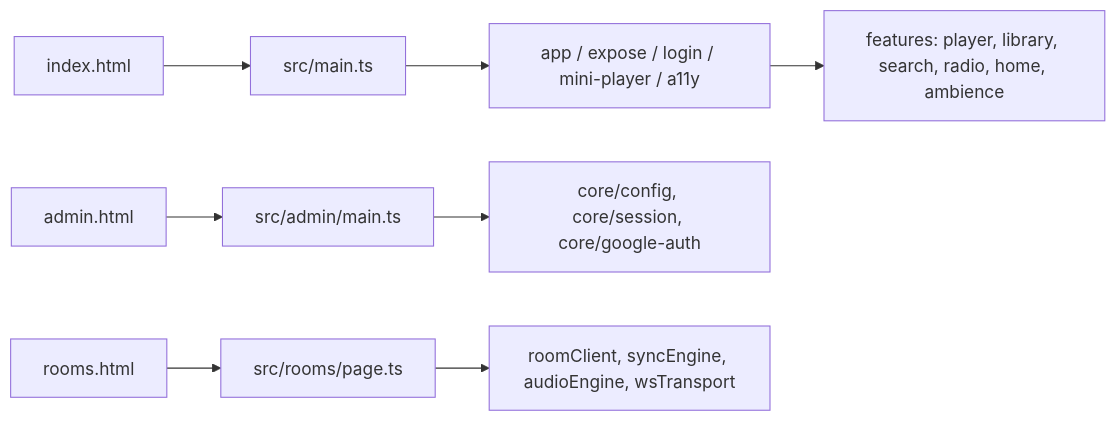
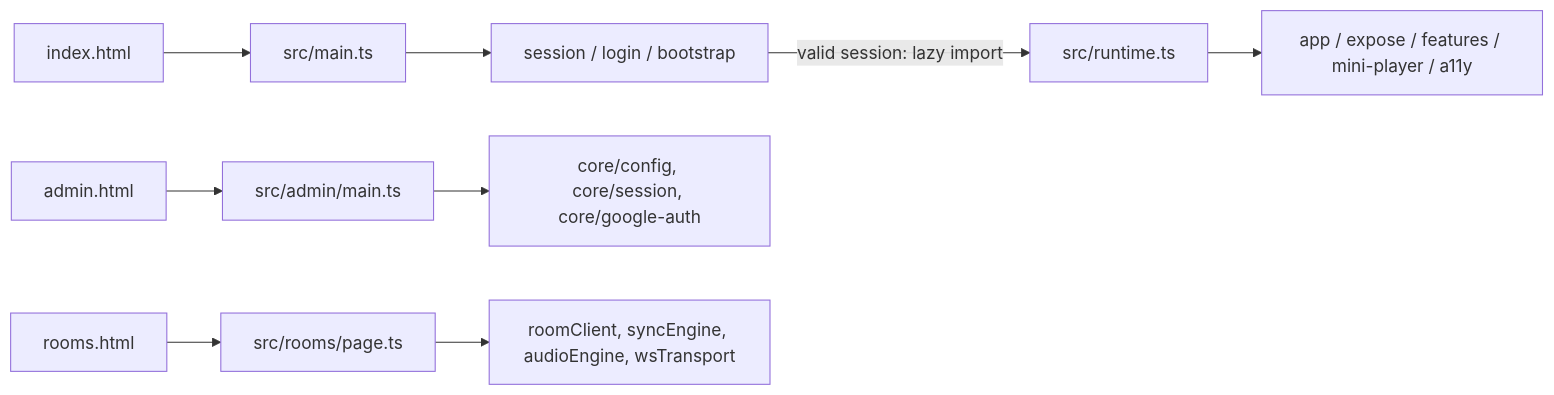
Before and after one commit to abhinavthewc-quick/aura-music: the first of 2 diagrams in docs/architecture.md, drawn with Mermaid. The commit also changed other lines of this file and 73 other files, not shown here.

````diff
--- a/docs/architecture.md
+++ b/docs/architecture.md
@@ -27,10 +33,11 @@
 ```mermaid
 flowchart LR
   A[index.html] --> A1[src/main.ts]
-  A1 --> A2[app / expose / login / mini-player / a11y]
-  A2 --> A3[features: player, library, search, radio, home, ambience]
+  A1 --> A2[session / login / bootstrap]
+  A2 -->|valid session: lazy import| A3[src/runtime.ts]
+  A3 --> A4[app / expose / features / mini-player / a11y]
   B[admin.html] --> B1[src/admin/main.ts]
   B1 --> B2[core/config, core/session, core/google-auth]
   C[rooms.html] --> C1[src/rooms/page.ts]
   C1 --> C2[roomClient, syncEngine, audioEngine, wsTransport]
 ```
````
